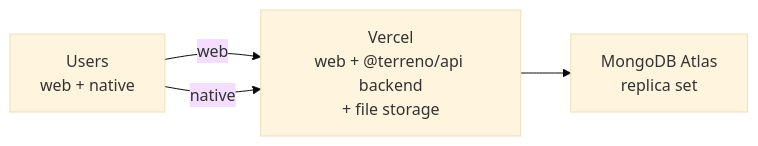
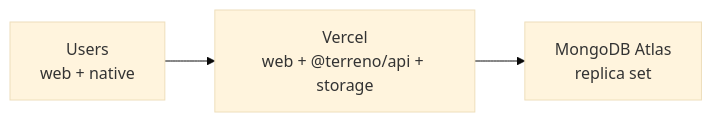
The second of 2 diagrams in docs/implementationPlans/deploy-to-vercel.md (FlourishHealth/terreno), drawn with Mermaid (base theme) before and after one commit. The commit also changed other lines of this file and 17 other files, not shown here.

````diff
--- a/docs/implementationPlans/deploy-to-vercel.md
+++ b/docs/implementationPlans/deploy-to-vercel.md
@@ -39,9 +71,8 @@
 ```mermaid
 flowchart LR
   U["Users<br/>web + native"]
-  V["Vercel<br/>web + @terreno/api backend<br/>+ file storage"]
+  VC["Vercel<br/>web + @terreno/api + storage"]
   A["MongoDB Atlas<br/>replica set"]
-  U -->|"web"| V
-  U -->|"native"| V
-  V --> A
+  U --> VC
+  VC --> A
 ```
````
